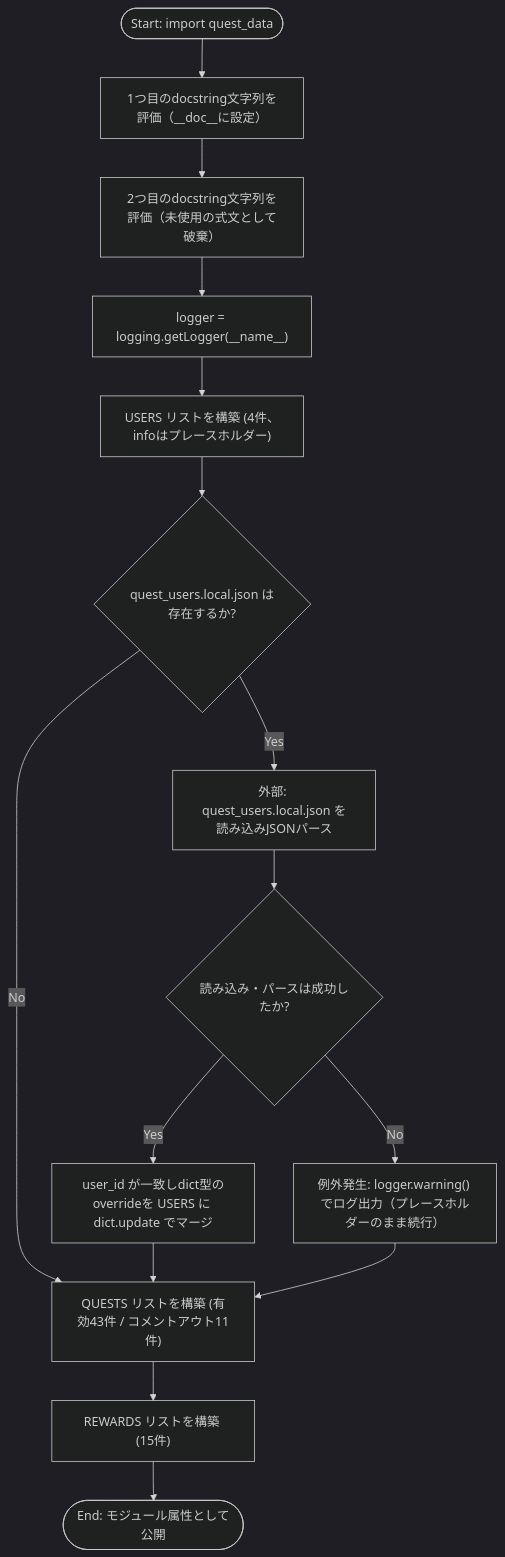
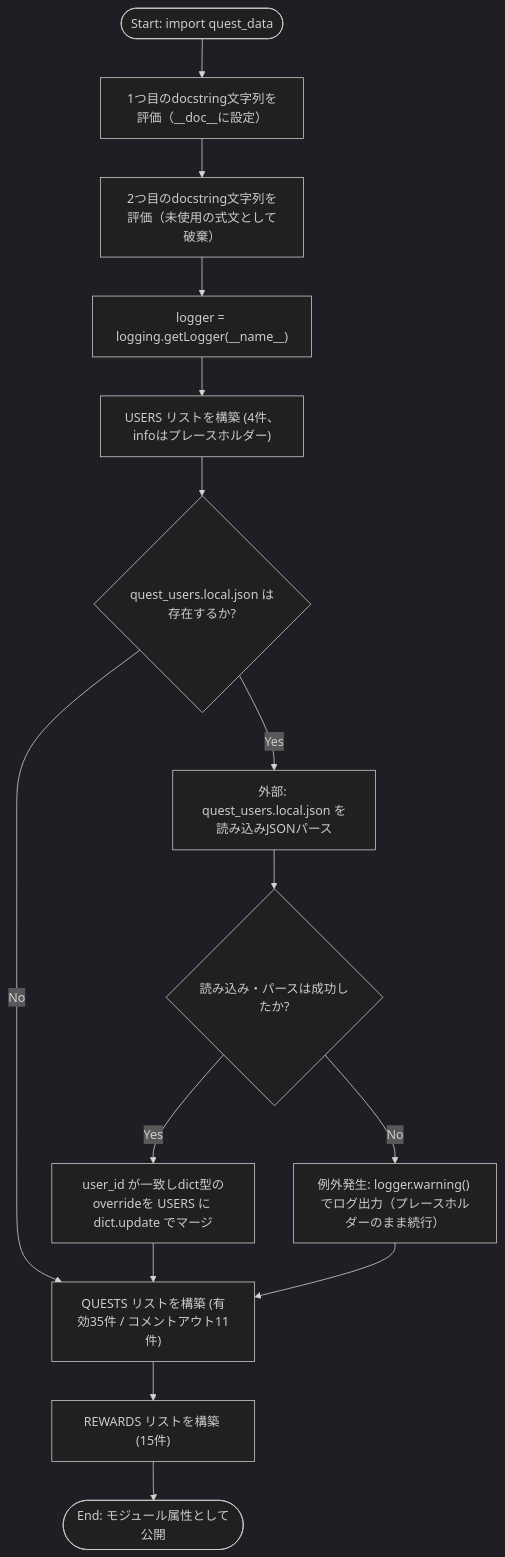
One commit to mmtigers/my_python_project changed the first of 2 diagrams in docs/specifications/MY_HOME_SYSTEM/quest_data.md. Above: the diagram before and after it, drawn with Mermaid (dark theme). The commit also changed other lines of this file and 1 other file, not shown here.

````diff
--- a/docs/specifications/MY_HOME_SYSTEM/quest_data.md
+++ b/docs/specifications/MY_HOME_SYSTEM/quest_data.md
@@ -198,17 +201,17 @@
 ```mermaid
 flowchart TD
     Start(["Start: import quest_data"]) --> Doc1["1つ目のdocstring文字列を評価（__doc__に設定）"]
     Doc1 --> Doc2["2つ目のdocstring文字列を評価（未使用の式文として破棄）"]
     Doc2 --> InitLogger["logger = logging.getLogger(__name__)"]
     InitLogger --> BuildUsers["USERS リストを構築 (4件、infoはプレースホルダー)"]
     BuildUsers --> CheckLocal{"quest_users.local.json は存在するか?"}
-    CheckLocal -- No --> BuildQuests["QUESTS リストを構築 (有効43件 / コメントアウト11件)"]
+    CheckLocal -- No --> BuildQuests["QUESTS リストを構築 (有効35件 / コメントアウト11件)"]
     CheckLocal -- Yes --> LoadLocal["外部: quest_users.local.json を読み込みJSONパース"]
     LoadLocal --> MergeCheck{"読み込み・パースは成功したか?"}
     MergeCheck -- Yes --> MergeUsers["user_id が一致しdict型のoverrideを USERS に dict.update でマージ"]
     MergeCheck -- No --> LogWarn["例外発生: logger.warning() でログ出力（プレースホルダーのまま続行）"]
     MergeUsers --> BuildQuests
     LogWarn --> BuildQuests
     BuildQuests --> BuildRewards["REWARDS リストを構築 (15件)"]
     BuildRewards --> End(["End: モジュール属性として公開"])
 ```
````
